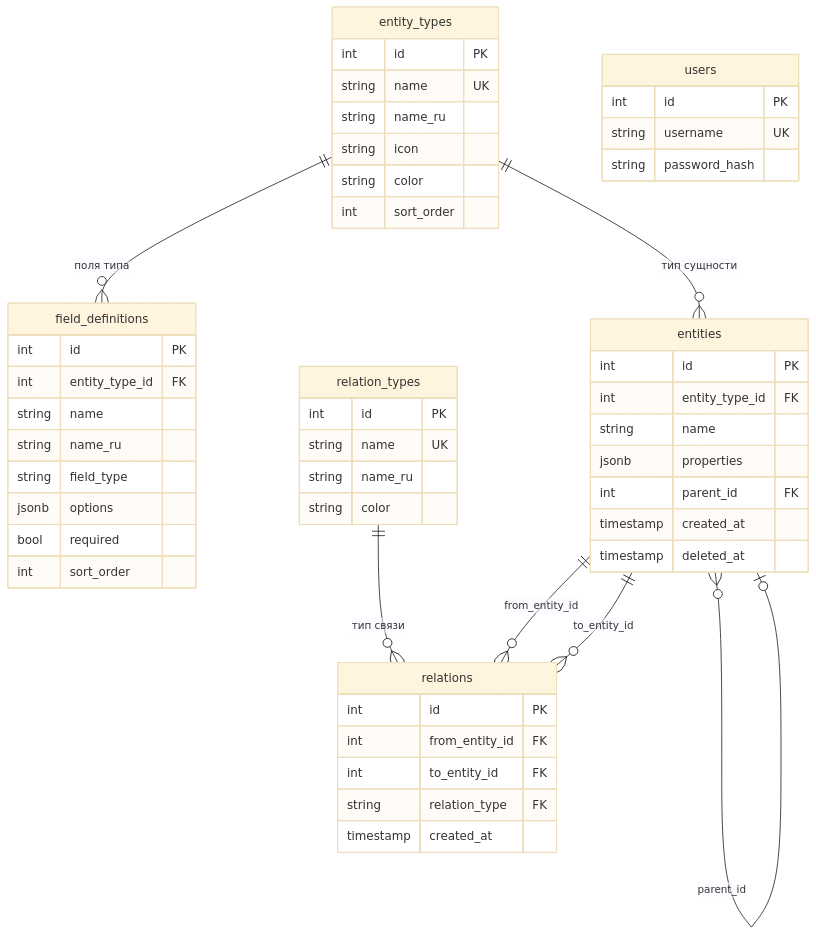
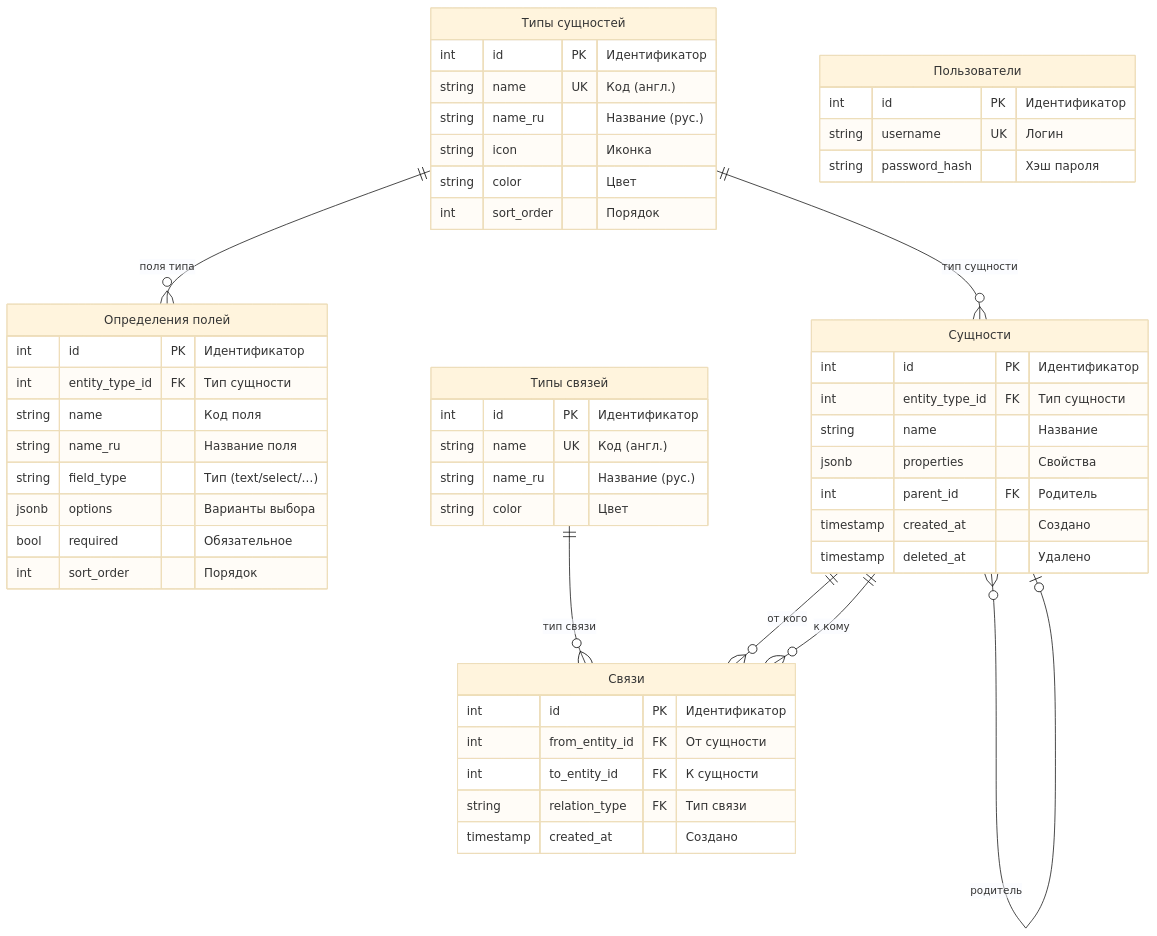
One commit to ValentinaArta/IndParkDocs changed the first of 2 diagrams in ER.md. Above: the diagram before and after it, drawn with Mermaid (base theme). The commit also changed other lines of this file, not shown here.

Commit message:
docs: ER schema — полный перевод на русский

````diff
--- a/ER.md
+++ b/ER.md
@@ -10,55 +9,55 @@
 ```mermaid
 erDiagram
-    entity_types {
-        int    id          PK
-        string name        UK
-        string name_ru
-        string icon
-        string color
-        int    sort_order
+    entity_types["Типы сущностей"] {
+        int    id          PK "Идентификатор"
+        string name        UK "Код (англ.)"
+        string name_ru        "Название (рус.)"
+        string icon           "Иконка"
+        string color          "Цвет"
+        int    sort_order     "Порядок"
     }
-    field_definitions {
-        int    id               PK
-        int    entity_type_id   FK
-        string name
-        string name_ru
-        string field_type
-        jsonb  options
-        bool   required
-        int    sort_order
+    field_definitions["Определения полей"] {
+        int    id               PK "Идентификатор"
+        int    entity_type_id   FK "Тип сущности"
+        string name                "Код поля"
+        string name_ru             "Название поля"
+        string field_type          "Тип (text/select/…)"
+        jsonb  options             "Варианты выбора"
+        bool   required            "Обязательное"
+        int    sort_order          "Порядок"
     }
-    entities {
-        int       id              PK
-        int       entity_type_id  FK
-        string    name
-        jsonb     properties
-        int       parent_id       FK
-        timestamp created_at
-        timestamp deleted_at
+    entities["Сущности"] {
+        int       id              PK "Идентификатор"
+        int       entity_type_id  FK "Тип сущности"
+        string    name               "Название"
+        jsonb     properties         "Свойства"
+        int       parent_id       FK "Родитель"
+        timestamp created_at         "Создано"
+        timestamp deleted_at         "Удалено"
     }
-    relation_types {
-        int    id      PK
-        string name    UK
-        string name_ru
-        string color
+    relation_types["Типы связей"] {
+        int    id      PK "Идентификатор"
+        string name    UK "Код (англ.)"
+        string name_ru    "Название (рус.)"
+        string color      "Цвет"
     }
-    relations {
-        int       id              PK
-        int       from_entity_id  FK
-        int       to_entity_id    FK
-        string    relation_type   FK
-        timestamp created_at
+    relations["Связи"] {
+        int       id              PK "Идентификатор"
+        int       from_entity_id  FK "От сущности"
+        int       to_entity_id    FK "К сущности"
+        string    relation_type   FK "Тип связи"
+        timestamp created_at         "Создано"
     }
-    users {
-        int    id            PK
-        string username      UK
-        string password_hash
+    users["Пользователи"] {
+        int    id            PK "Идентификатор"
+        string username      UK "Логин"
+        string password_hash    "Хэш пароля"
     }
 
-    entity_types    ||--o{ entities         : "тип сущности"
+    entity_types    ||--o{ entities          : "тип сущности"
     entity_types    ||--o{ field_definitions : "поля типа"
-    entities        }o--o| entities         : "parent_id"
-    relation_types  ||--o{ relations        : "тип связи"
-    entities        ||--o{ relations        : "from_entity_id"
-    entities        ||--o{ relations        : "to_entity_id"
+    entities        }o--o| entities          : "родитель"
+    relation_types  ||--o{ relations         : "тип связи"
+    entities        ||--o{ relations         : "от кого"
+    entities        ||--o{ relations         : "к кому"
 ```
````
